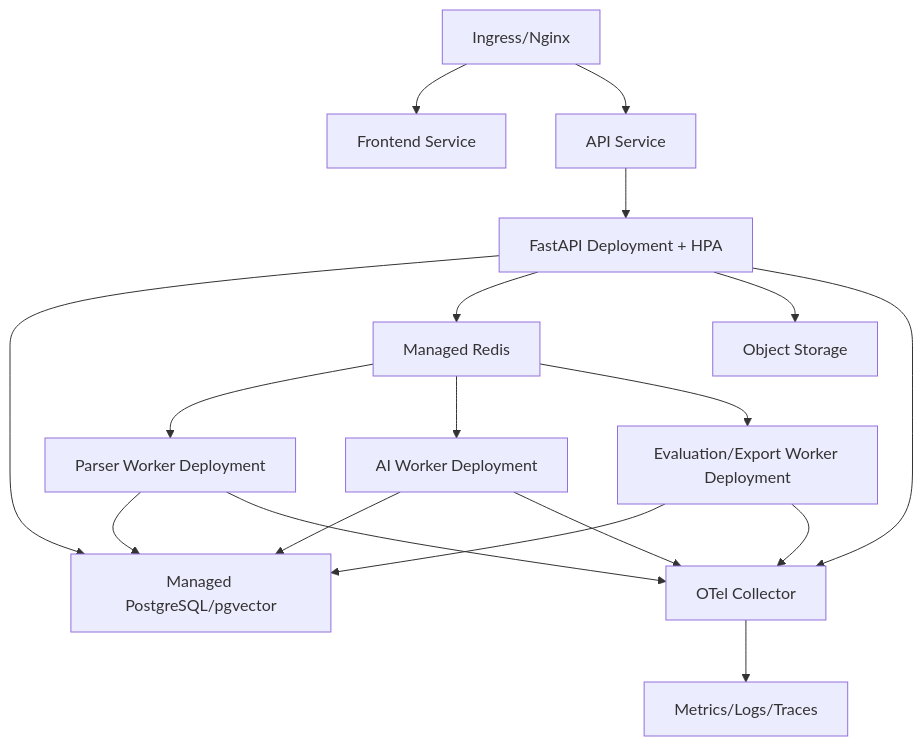
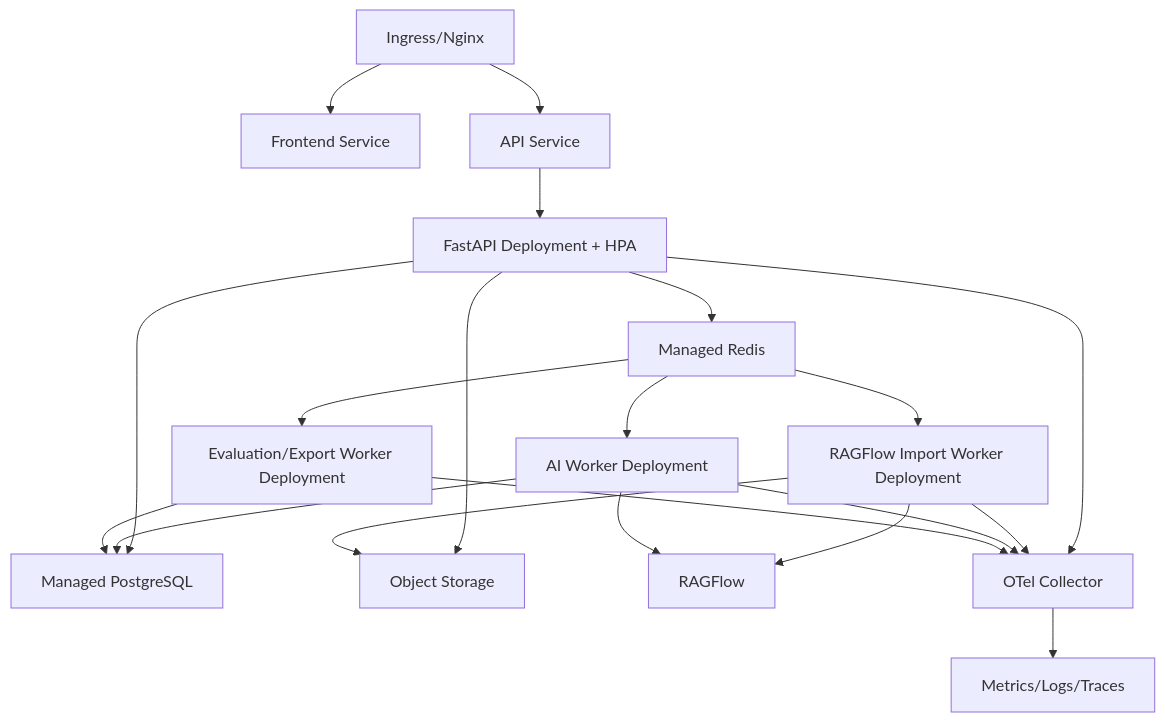
Before and after one commit to szy2334/ragflow-course-project: the tenth of 11 diagrams in 科研论文智能阅读系统_完整项目设计文档.md, drawn with Mermaid. The commit also changed other lines of this file, not shown here.

Commit message:
docs: adopt MinerU and RAGFlow pipeline

```diff
--- a/科研论文智能阅读系统_完整项目设计文档.md
+++ b/科研论文智能阅读系统_完整项目设计文档.md
@@ -2549,20 +2534,22 @@
 ~~~mermaid
 flowchart TB
     IN["Ingress/Nginx"] --> FE["Frontend Service"]
     IN --> API["API Service"]
     API --> APIPODS["FastAPI Deployment + HPA"]
-    APIPODS --> PG["Managed PostgreSQL/pgvector"]
+    APIPODS --> PG["Managed PostgreSQL"]
     APIPODS --> REDIS["Managed Redis"]
     APIPODS --> OBJ["Object Storage"]
-    REDIS --> PW["Parser Worker Deployment"]
+    REDIS --> IW["RAGFlow Import Worker Deployment"]
     REDIS --> AW["AI Worker Deployment"]
     REDIS --> EW["Evaluation/Export Worker Deployment"]
-    PW --> PG
+    IW --> OBJ
+    IW --> RF["RAGFlow"]
     AW --> PG
+    AW --> RF
     EW --> PG
     OTEL["OTel Collector"] --> MON["Metrics/Logs/Traces"]
     APIPODS --> OTEL
-    PW --> OTEL
+    IW --> OTEL
     AW --> OTEL
     EW --> OTEL
 ~~~
```
